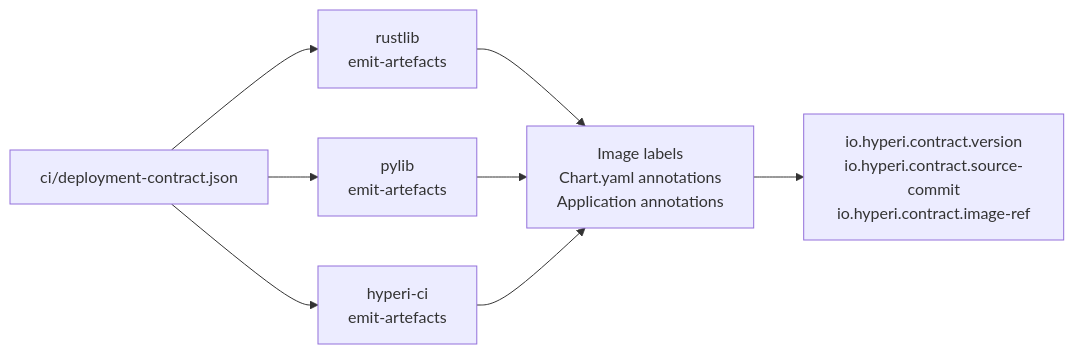
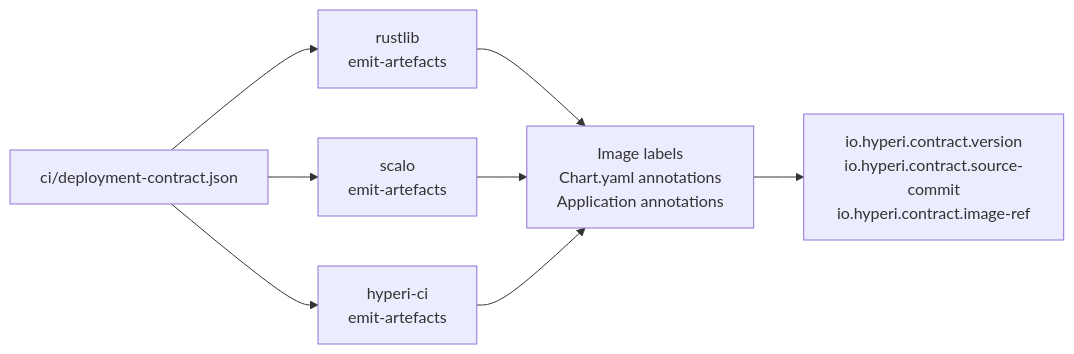
The diagram in docs/deployment/CONTRACT-IDENTITY.md (hyperi-io/hyperi-ci), drawn with Mermaid before and after one commit. The commit also changed other lines of this file and 39 other files, not shown here.

First line of the commit message:
fix: migrate to scalo, replace hyperi-pylib dep

````diff
--- a/docs/deployment/CONTRACT-IDENTITY.md
+++ b/docs/deployment/CONTRACT-IDENTITY.md
@@ -72,11 +72,11 @@
 ```mermaid
 flowchart LR
   C[ci/deployment-contract.json]
   C --> R[rustlib<br/>emit-artefacts]
-  C --> P[pylib<br/>emit-artefacts]
+  C --> P[scalo<br/>emit-artefacts]
   C --> H[hyperi-ci<br/>emit-artefacts]
   R --> A[Image labels<br/>Chart.yaml annotations<br/>Application annotations]
   P --> A
   H --> A
   A --> K["io.hyperi.contract.version<br/>io.hyperi.contract.source-commit<br/>io.hyperi.contract.image-ref"]
 ```
````
